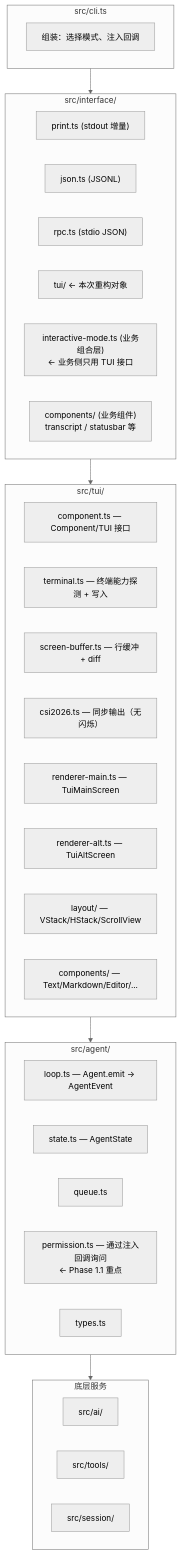
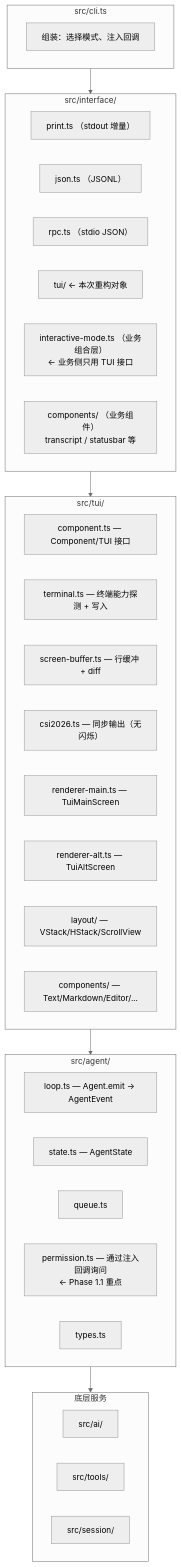
One commit to KNeegcyao/my-easy-pi changed the first of 2 diagrams in docs/tui-strategy.md. Above: the diagram before and after it, drawn with Mermaid (neutral theme). The commit also changed other lines of this file and 25 other files, not shown here.

First line of the commit message:
fix: 修复 Mermaid 图表语法错误

````diff
--- a/docs/tui-strategy.md
+++ b/docs/tui-strategy.md
@@ -41,45 +41,45 @@
 ```mermaid
 graph TB
     subgraph CLI["src/cli.ts"]
         C1["组装：选择模式、注入回调"]
     end
 
     subgraph Interface["src/interface/"]
-        I1["print.ts (stdout 增量)"]
-        I2["json.ts (JSONL)"]
-        I3["rpc.ts (stdio JSON)"]
+        I1["print.ts （stdout 增量）"]
+        I2["json.ts （JSONL）"]
+        I3["rpc.ts （stdio JSON）"]
         I4["tui/ ← 本次重构对象"]
-        I5["interactive-mode.ts (业务组合层)<br/>← 业务侧只用 TUI 接口"]
-        I6["components/ (业务组件)<br/>transcript / statusbar 等"]
+        I5["interactive-mode.ts （业务组合层）<br/>← 业务侧只用 TUI 接口"]
+        I6["components/ （业务组件）<br/>transcript / statusbar 等"]
     end
 
     subgraph TUI["src/tui/"]
         T1["component.ts — Component/TUI 接口"]
         T2["terminal.ts — 终端能力探测 + 写入"]
         T3["screen-buffer.ts — 行缓冲 + diff"]
         T4["csi2026.ts — 同步输出（无闪烁）"]
         T5["renderer-main.ts — TuiMainScreen"]
         T6["renderer-alt.ts — TuiAltScreen"]
         T7["layout/ — VStack/HStack/ScrollView"]
         T8["components/ — Text/Markdown/Editor/..."]
     end
 
     subgraph Agent["src/agent/"]
         A1["loop.ts — Agent.emit → AgentEvent"]
         A2["state.ts — AgentState"]
         A3["queue.ts"]
         A4["permission.ts — 通过注入回调询问<br/>← Phase 1.1 重点"]
         A5["types.ts"]
     end
 
     subgraph Services["底层服务"]
         S1["src/ai/"]
         S2["src/tools/"]
         S3["src/session/"]
     end
 
     CLI --> Interface
     Interface --> TUI
     TUI --> Agent
     Agent --> Services
 ```
````
